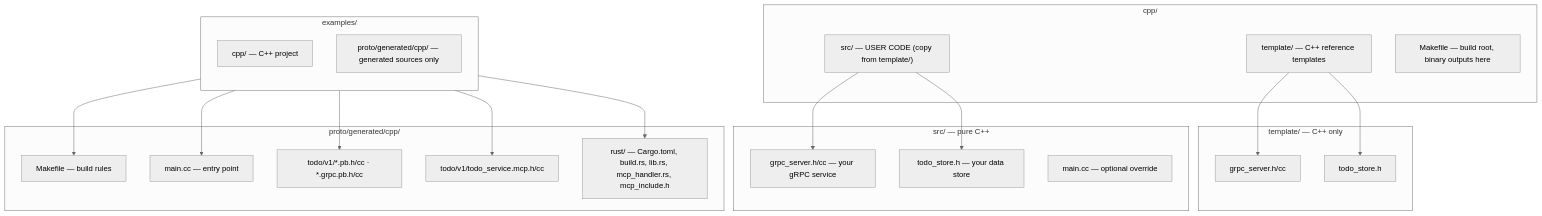
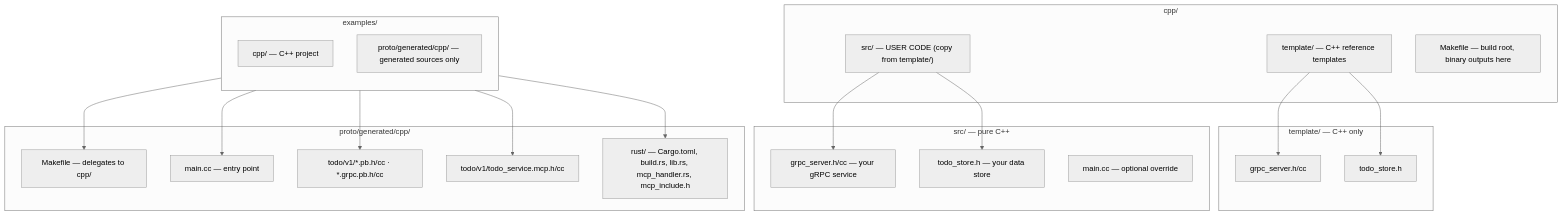
The fourth of 4 diagrams in examples/cpp/README.md (machanirobotics/grpc-mcp-gateway), drawn with Mermaid (neutral theme) before and after one commit. The commit also changed 1 other file, not shown here.

Commit message:
docs: update README.md to include C++ support for MCP generation
- Expanded the description to highlight C++ as a supported language for MCP server code generation.
- Updated features section to reflect C++ inclusion.
- Added C++ example directory and build instructions.
- Modified plugin options and generated files section to incorporate C++ details.

````diff
--- a/examples/cpp/README.md
+++ b/examples/cpp/README.md
@@ -121,37 +121,37 @@
 ```mermaid
 graph TD
     subgraph "examples/"
         direction TB
         CPP["cpp/ — C++ project"]
         GEN["proto/generated/cpp/ — generated sources only"]
     end
 
     subgraph "cpp/"
         TPL["template/ — C++ reference templates"]
         SRC["src/ — USER CODE (copy from template/)"]
         MF["Makefile — build root, binary outputs here"]
     end
 
     subgraph "template/ — C++ only"
         TPL_GRPC["grpc_server.h/cc"]
         TPL_STORE["todo_store.h"]
     end
 
     subgraph "src/ — pure C++"
         GRPC_S["grpc_server.h/cc — your gRPC service"]
         STORE_H["todo_store.h — your data store"]
         MAIN_OVERRIDE["main.cc — optional override"]
     end
 
     subgraph "proto/generated/cpp/"
-        MF_GEN["Makefile — build rules"]
+        MF_GEN["Makefile — delegates to cpp/"]
         MAIN_GEN["main.cc — entry point"]
         PROTO["todo/v1/*.pb.h/cc · *.grpc.pb.h/cc"]
         MCP_CPP["todo/v1/todo_service.mcp.h/cc"]
         RUST["rust/ — Cargo.toml, build.rs, lib.rs, mcp_handler.rs, mcp_include.h"]
     end
 
     TPL --> TPL_GRPC & TPL_STORE
     SRC --> GRPC_S & STORE_H
     GEN --> MF_GEN & MAIN_GEN & PROTO & MCP_CPP & RUST
 ```
````
